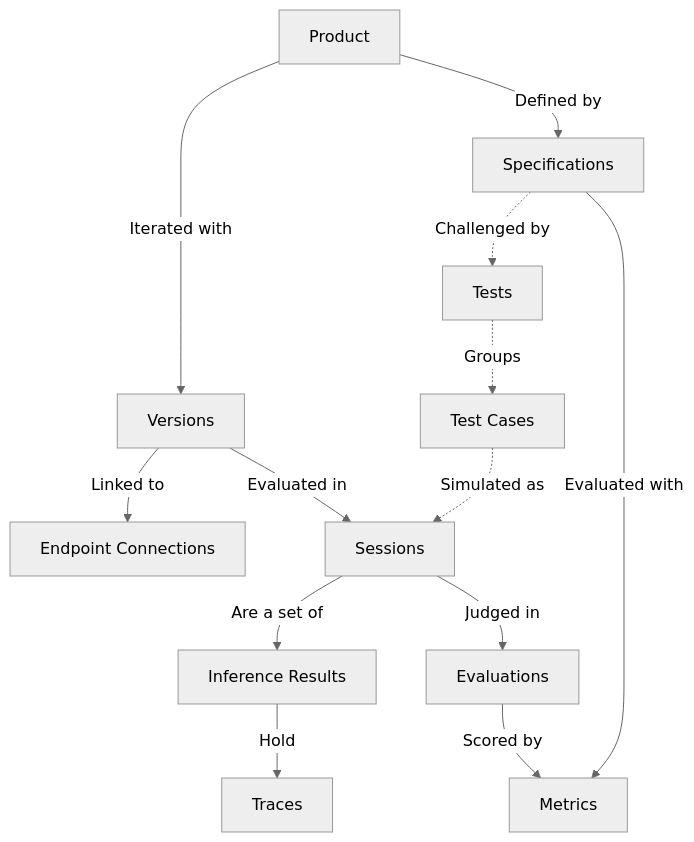
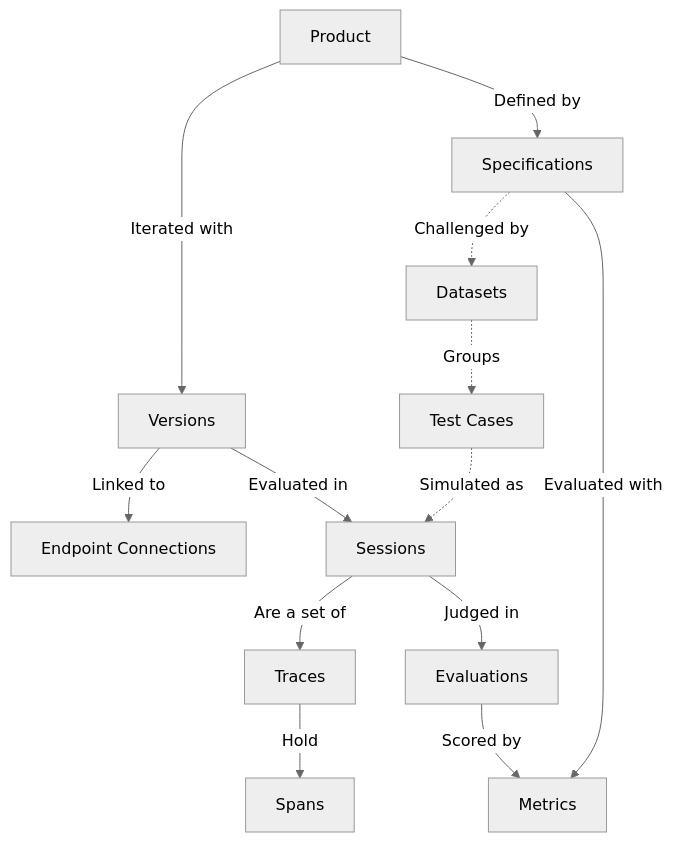
Before and after one commit to Galtea-AI/docs: the diagram in concepts/overview.mdx, drawn with Mermaid. The commit also changed other lines of this file and 216 other files, not shown here.

````diff
--- a/concepts/overview.mdx
+++ b/concepts/overview.mdx
@@ -24,29 +24,29 @@
 ```mermaid
 %%{init: {"theme": "neutral"}}%%
 flowchart TD
     P[Product]
-    T[Tests]
+    T[Datasets]
     Spec[Specifications]
     V[Versions]
     EC[Endpoint Connections]
     TC[Test Cases]
     S[Sessions]
+    Sp[Spans]
     Tr[Traces]
-    IR[Inference Results]
     E[Evaluations]
     M[Metrics]
 
     P --> |Defined by| Spec
     Spec -.-> |Challenged by| T
     T -.-> |Groups| TC
     TC -.-> |Simulated as| S
-    S --> |Are a set of| IR
-    IR --> |Hold| Tr
+    S --> |Are a set of| Tr
+    Tr --> |Hold| Sp
     S --> |Judged in| E
     Spec --> |Evaluated with| M
     E --> |Scored by| M
 
     P --> |Iterated with| V
     V --> |Linked to| EC
     V --> |Evaluated in| S
 ```
````
